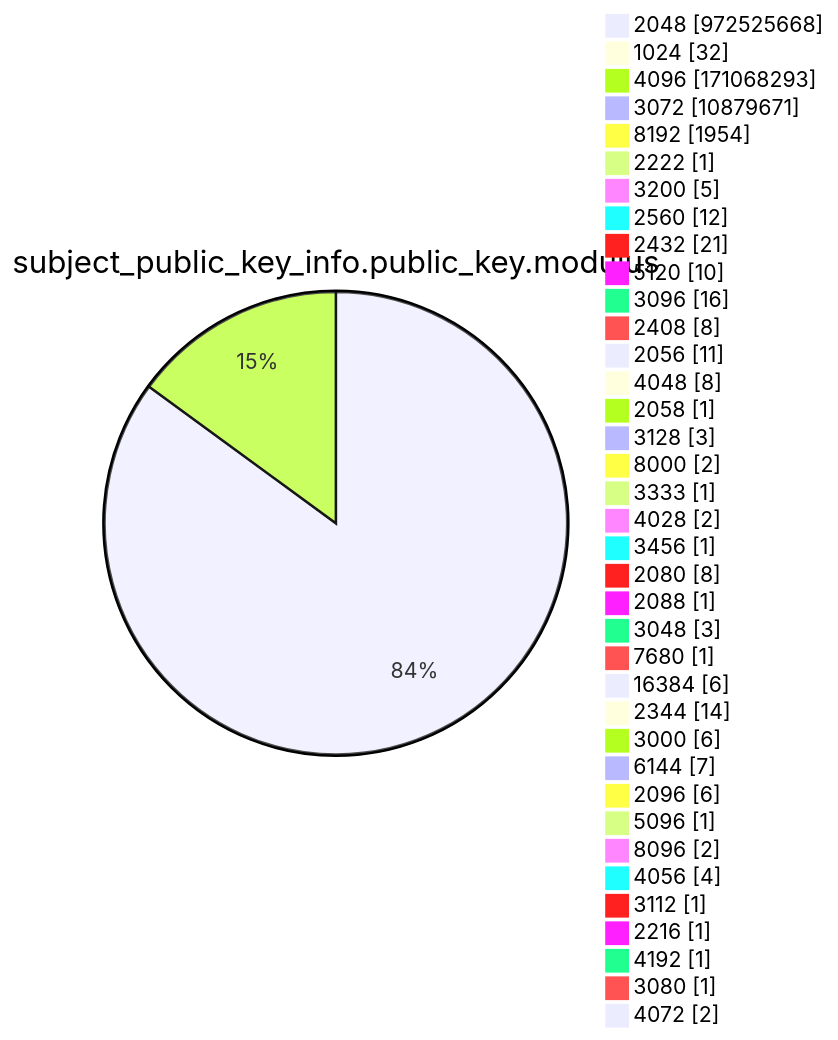
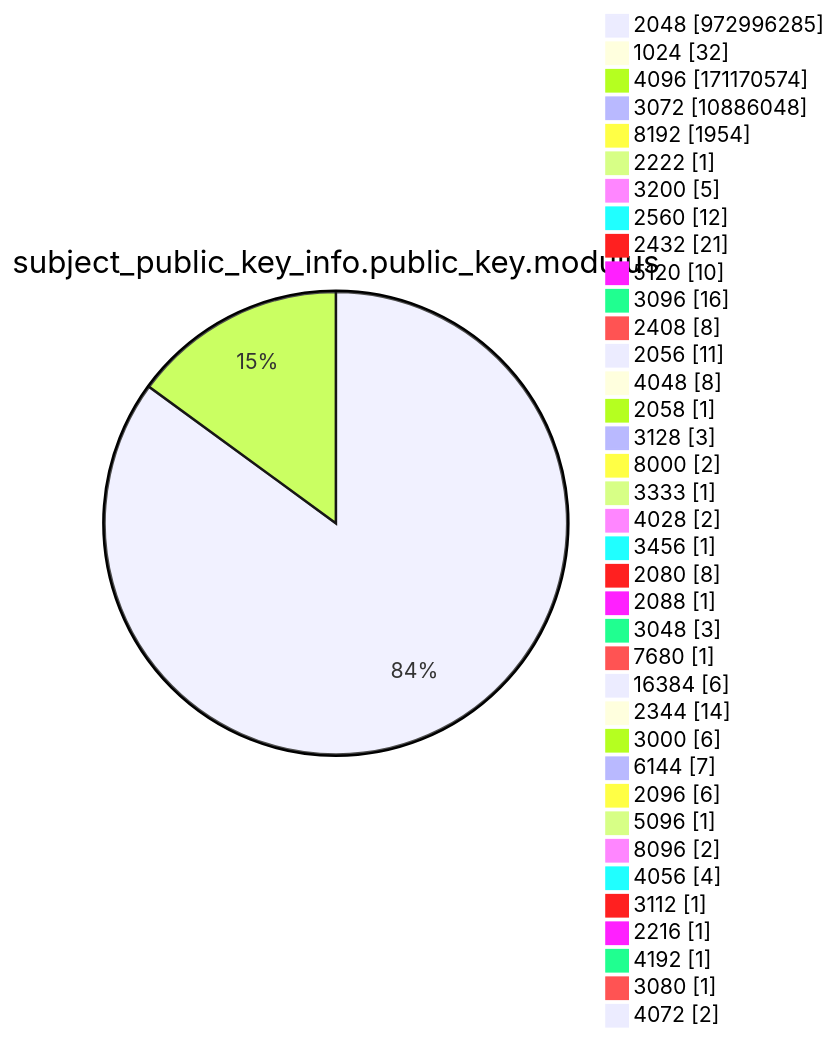
Diagram 13 of 15 in argon2022/README.md (christiankrug/ctmonitor_visualization), drawn with Mermaid before and after one commit. The commit also changed other lines of this file, not shown here.

````diff
--- a/argon2022/README.md
+++ b/argon2022/README.md
@@ -3587,41 +3587,41 @@
 ```mermaid
 pie showData
 title subject_public_key_info.public_key.modulus
-"2048" :972525668
+"2048" :972996285
 "1024" :32
-"4096" :171068293
-"3072" :10879671
+"4096" :171170574
+"3072" :10886048
 "8192" :1954
 "2222" :1
 "3200" :5
 "2560" :12
 "2432" :21
 "5120" :10
 "3096" :16
 "2408" :8
 "2056" :11
 "4048" :8
 "2058" :1
 "3128" :3
 "8000" :2
 "3333" :1
 "4028" :2
 "3456" :1
 "2080" :8
 "2088" :1
 "3048" :3
 "7680" :1
 "16384" :6
 "2344" :14
 "3000" :6
 "6144" :7
 "2096" :6
 "5096" :1
 "8096" :2
 "4056" :4
 "3112" :1
 "2216" :1
 "4192" :1
 "3080" :1
 "4072" :2
 ```
````
